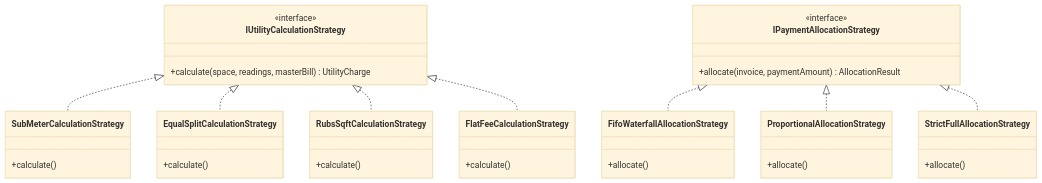
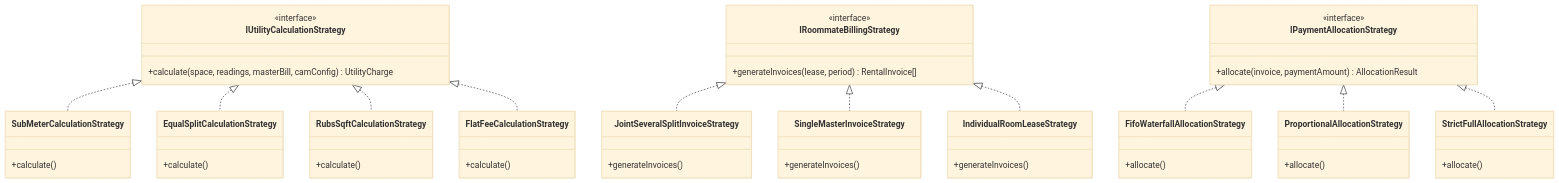
The second of 7 diagrams in docs/DOMAIN_ANALYSIS.md (prosubodh/sthanori), drawn with Mermaid (base theme) before and after one commit. The commit also changed other lines of this file and 2 other files, not shown here.

Commit message:
docs(domain): expand domain analysis and BRD with deep-dive roommate billing, CAM, and work orders (ADR-013)

````diff
--- a/docs/DOMAIN_ANALYSIS.md
+++ b/docs/DOMAIN_ANALYSIS.md
@@ -144,42 +198,60 @@
 ```mermaid
 classDiagram
     class IUtilityCalculationStrategy {
         <<interface>>
-        +calculate(space, readings, masterBill) UtilityCharge
+        +calculate(space, readings, masterBill, camConfig) UtilityCharge
     }
     class SubMeterCalculationStrategy {
         +calculate()
     }
     class EqualSplitCalculationStrategy {
         +calculate()
     }
     class RubsSqftCalculationStrategy {
         +calculate()
     }
     class FlatFeeCalculationStrategy {
         +calculate()
     }
 
     IUtilityCalculationStrategy <|.. SubMeterCalculationStrategy
     IUtilityCalculationStrategy <|.. EqualSplitCalculationStrategy
     IUtilityCalculationStrategy <|.. RubsSqftCalculationStrategy
     IUtilityCalculationStrategy <|.. FlatFeeCalculationStrategy
 
+    class IRoommateBillingStrategy {
+        <<interface>>
+        +generateInvoices(lease, period) RentalInvoice[]
+    }
+    class JointSeveralSplitInvoiceStrategy {
+        +generateInvoices()
+    }
+    class SingleMasterInvoiceStrategy {
+        +generateInvoices()
+    }
+    class IndividualRoomLeaseStrategy {
+        +generateInvoices()
+    }
+
+    IRoommateBillingStrategy <|.. JointSeveralSplitInvoiceStrategy
+    IRoommateBillingStrategy <|.. SingleMasterInvoiceStrategy
+    IRoommateBillingStrategy <|.. IndividualRoomLeaseStrategy
+
     class IPaymentAllocationStrategy {
         <<interface>>
         +allocate(invoice, paymentAmount) AllocationResult
     }
     class FifoWaterfallAllocationStrategy {
         +allocate()
     }
     class ProportionalAllocationStrategy {
         +allocate()
     }
     class StrictFullAllocationStrategy {
         +allocate()
     }
 
     IPaymentAllocationStrategy <|.. FifoWaterfallAllocationStrategy
     IPaymentAllocationStrategy <|.. ProportionalAllocationStrategy
     IPaymentAllocationStrategy <|.. StrictFullAllocationStrategy
 ```
````
